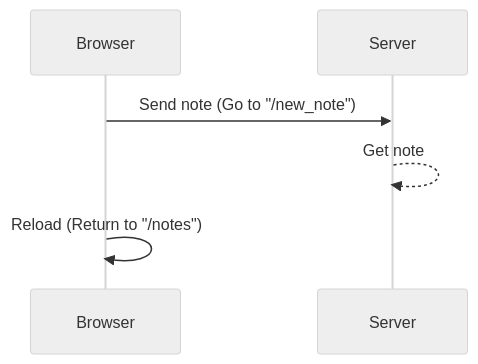
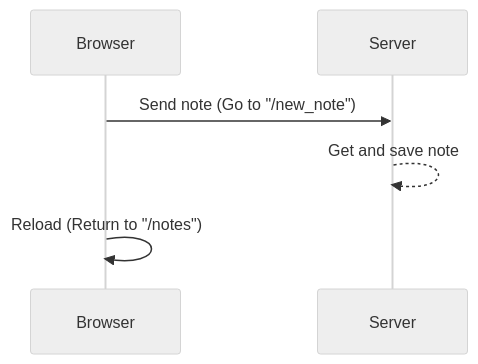
The diagram in part0/ex0-4.md (XnX1234/lessons-webapps-fullstack), drawn with Mermaid (neutral theme) before and after one commit.

Commit message:
Update ex. 0.4

````diff
--- a/part0/ex0-4.md
+++ b/part0/ex0-4.md
@@ -1,8 +1,8 @@
 ```mermaid
 
 sequenceDiagram
     Browser->>Server:Send note (Go to "/new_note")
-    Server-->>Server:Get note
+    Server-->>Server:Get and save note
     Browser->>Browser:Reload (Return to "/notes")
 
 ```
````
